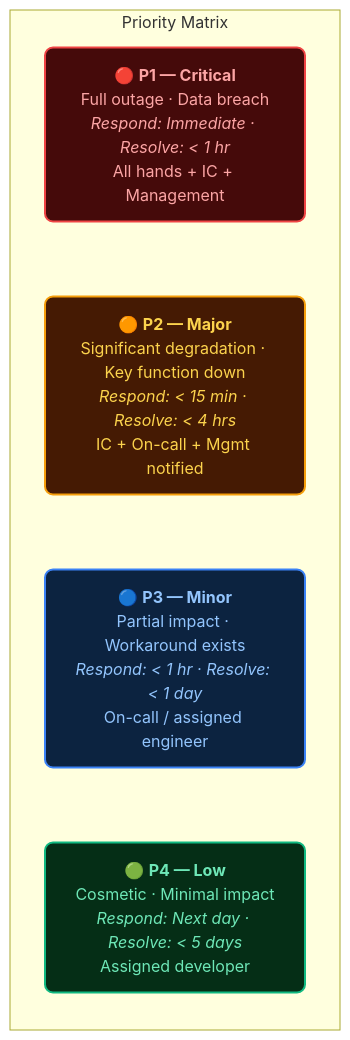
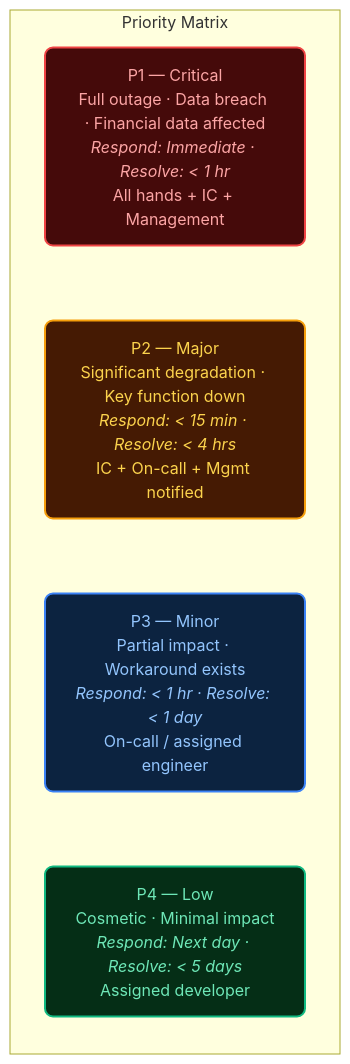
Before and after one commit to dsonerd/sharable: the third of 3 diagrams in solutions/incident-managment/swimlane-flow.md, drawn with Mermaid. The commit also changed other lines of this file, not shown here.

First line of the commit message:
Update swimlane flow to Infrastructure vs Application Incident model

````diff
--- a/solutions/incident-managment/swimlane-flow.md
+++ b/solutions/incident-managment/swimlane-flow.md
@@ -276,21 +289,21 @@
 ```mermaid
 flowchart LR
-    subgraph SEV["Priority Matrix"]
+    subgraph PRI["Priority Matrix"]
         direction TB
-        S1["🔴 <b>P1 — Critical</b><br/>Full outage · Data breach<br/><i>Respond: Immediate · Resolve: < 1 hr</i><br/>All hands + IC + Management"]
-        S2["🟠 <b>P2 — Major</b><br/>Significant degradation · Key function down<br/><i>Respond: < 15 min · Resolve: < 4 hrs</i><br/>IC + On-call + Mgmt notified"]
-        S3["🔵 <b>P3 — Minor</b><br/>Partial impact · Workaround exists<br/><i>Respond: < 1 hr · Resolve: < 1 day</i><br/>On-call / assigned engineer"]
-        S4["🟢 <b>P4 — Low</b><br/>Cosmetic · Minimal impact<br/><i>Respond: Next day · Resolve: < 5 days</i><br/>Assigned developer"]
+        S1["P1 — Critical<br/>Full outage · Data breach · Financial data affected<br/><i>Respond: Immediate · Resolve: < 1 hr</i><br/>All hands + IC + Management"]
+        S2["P2 — Major<br/>Significant degradation · Key function down<br/><i>Respond: < 15 min · Resolve: < 4 hrs</i><br/>IC + On-call + Mgmt notified"]
+        S3["P3 — Minor<br/>Partial impact · Workaround exists<br/><i>Respond: < 1 hr · Resolve: < 1 day</i><br/>On-call / assigned engineer"]
+        S4["P4 — Low<br/>Cosmetic · Minimal impact<br/><i>Respond: Next day · Resolve: < 5 days</i><br/>Assigned developer"]
         S1 ~~~ S2 ~~~ S3 ~~~ S4
     end
 
     classDef sev1 fill:#450A0A,stroke:#EF4444,stroke-width:2px,color:#FCA5A5,rx:8
     classDef sev2 fill:#451A03,stroke:#F59E0B,stroke-width:2px,color:#FCD34D,rx:8
     classDef sev3 fill:#0C2340,stroke:#3B82F6,stroke-width:2px,color:#93C5FD,rx:8
     classDef sev4 fill:#052E16,stroke:#10B981,stroke-width:2px,color:#6EE7B7,rx:8
 
     class S1 sev1
     class S2 sev2
     class S3 sev3
     class S4 sev4
 ```
````
